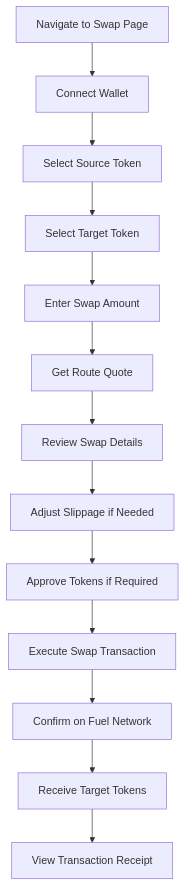
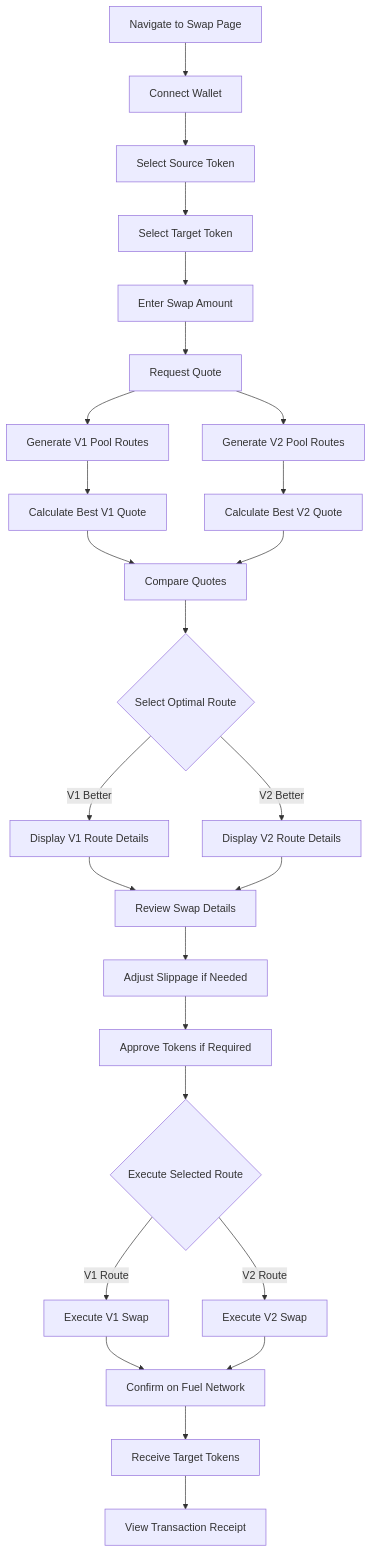
Before and after one commit to mira-amm/mira-amm-web: the fifth of 5 diagrams in docs/mira-user-stories.md, drawn with Mermaid. The commit also changed other lines of this file, not shown here.

Commit message:
docs: Update swap user flow to reflect routing comparision v1,v2

````diff
--- a/docs/mira-user-stories.md
+++ b/docs/mira-user-stories.md
@@ -506,15 +634,28 @@
 ```mermaid
 graph TD
     A[Navigate to Swap Page] --> B[Connect Wallet]
     B --> C[Select Source Token]
     C --> D[Select Target Token]
     D --> E[Enter Swap Amount]
-    E --> F[Get Route Quote]
-    F --> G[Review Swap Details]
-    G --> H[Adjust Slippage if Needed]
-    H --> I[Approve Tokens if Required]
-    I --> J[Execute Swap Transaction]
-    J --> K[Confirm on Fuel Network]
-    K --> L[Receive Target Tokens]
-    L --> M[View Transaction Receipt]
+    E --> F[Request Quote]
+    F --> G[Generate V1 Pool Routes]
+    F --> H[Generate V2 Pool Routes]
+    G --> I[Calculate Best V1 Quote]
+    H --> J[Calculate Best V2 Quote]
+    I --> K[Compare Quotes]
+    J --> K
+    K --> L{Select Optimal Route}
+    L -->|V1 Better| M[Display V1 Route Details]
+    L -->|V2 Better| N[Display V2 Route Details]
+    M --> O[Review Swap Details]
+    N --> O
+    O --> P[Adjust Slippage if Needed]
+    P --> Q[Approve Tokens if Required]
+    Q --> R{Execute Selected Route}
+    R -->|V1 Route| S[Execute V1 Swap]
+    R -->|V2 Route| T[Execute V2 Swap]
+    S --> U[Confirm on Fuel Network]
+    T --> U
+    U --> V[Receive Target Tokens]
+    V --> W[View Transaction Receipt]
 ```
````
